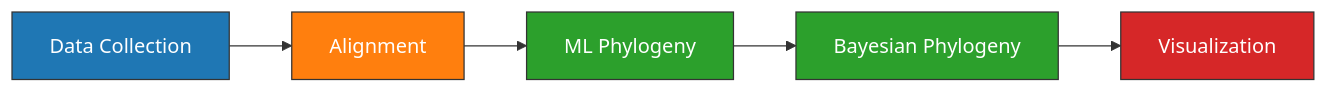
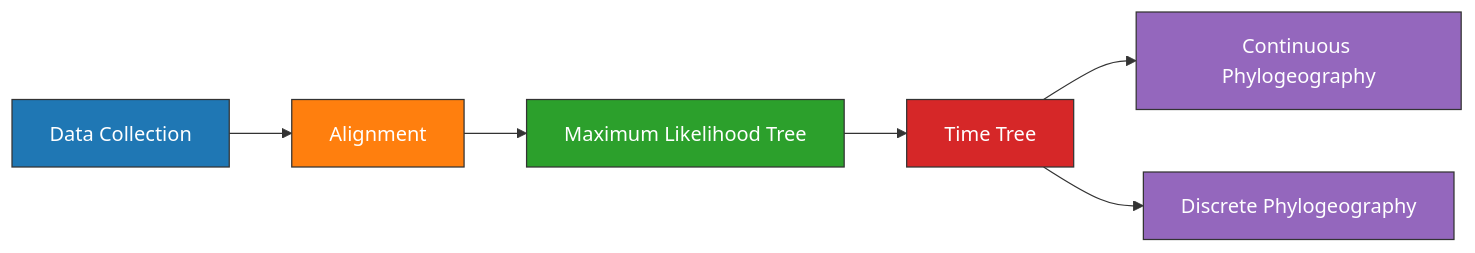
One commit to ktmeaton/obsidian-public changed the diagram in phd/BEAST2 Experiment.md. Above: the diagram before and after it, drawn with Mermaid. The commit also changed other lines of this file and 16 other files, not shown here.

````diff
--- a/phd/BEAST2 Experiment.md
+++ b/phd/BEAST2 Experiment.md
@@ -23,19 +23,22 @@
 ```mermaid
 graph LR;
 1-->2;
 2-->3;
-3-->4;
-4-->5;
+3-->6;
+6-->4;
+6-->5;
 
 1[Data Collection];
 2[Alignment];
-3[ML Phylogeny];
-4[Bayesian Phylogeny]
-5[Visualization];
+3[Maximum Likelihood Tree];
+4[Continuous Phylogeography];
+5[Discrete Phylogeography]
+6[Time Tree]
 
 style 1 fill:#1f77b4,stroke:#333,stroke-width:1px,color:white,fill-opacity:1.0;
 style 2 fill:#ff7f0e,stroke:#333,stroke-width:1px,fill-opacity:1.0,color:white
 style 3 fill:#2ca02c,stroke:#333,stroke-width:1px,fill-opacity:1.0,color:white
-style 4 fill:#2ca02c,stroke:#333,stroke-width:1px,fill-opacity:1.0,color:white
-style 5 fill:#d62728,stroke:#333,stroke-width:1px,fill-opacity:1.0,color:white
+style 4 fill:#9467bd,stroke:#333,stroke-width:1px,fill-opacity:1.0,color:white
+style 5 fill:#9467bd,stroke:#333,stroke-width:1px,fill-opacity:1.0,color:white
+style 6 fill:#d62728,stroke:#333,stroke-width:1px,fill-opacity:1.0,color:white
 ```
````
